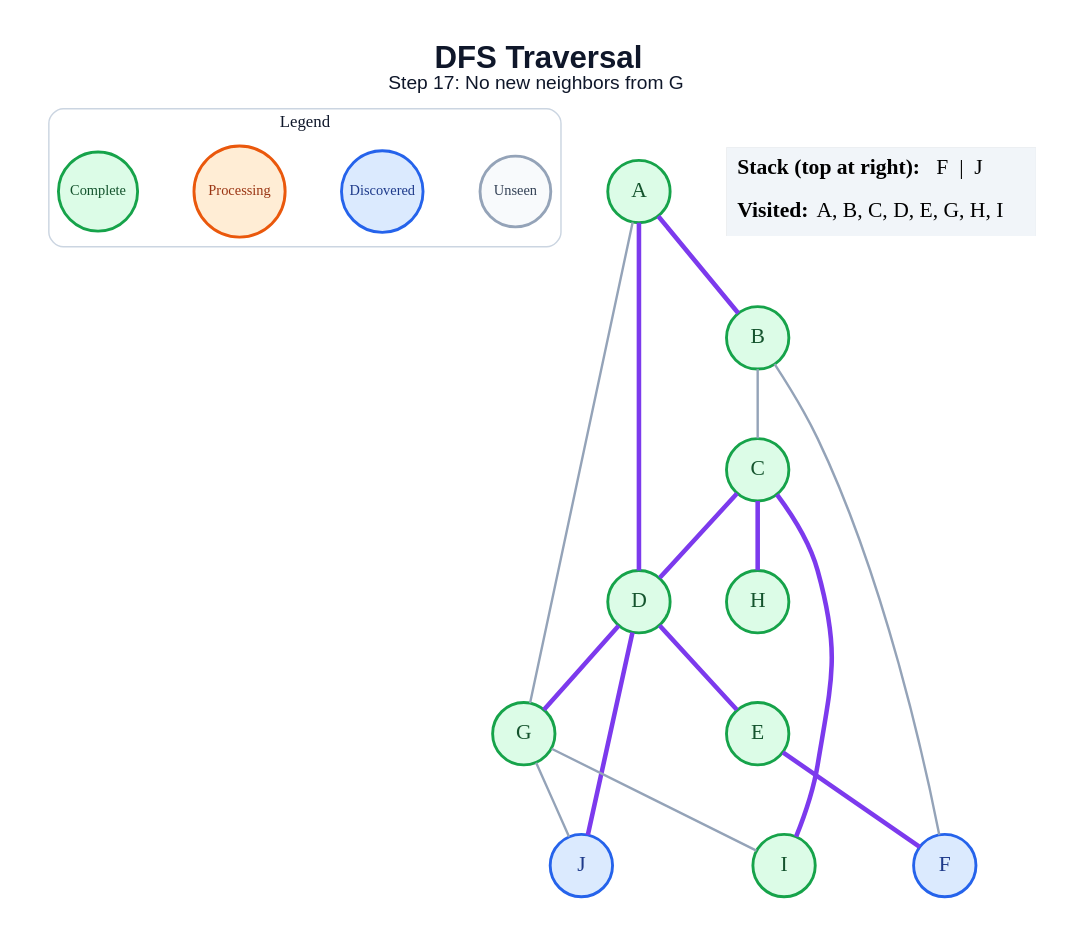
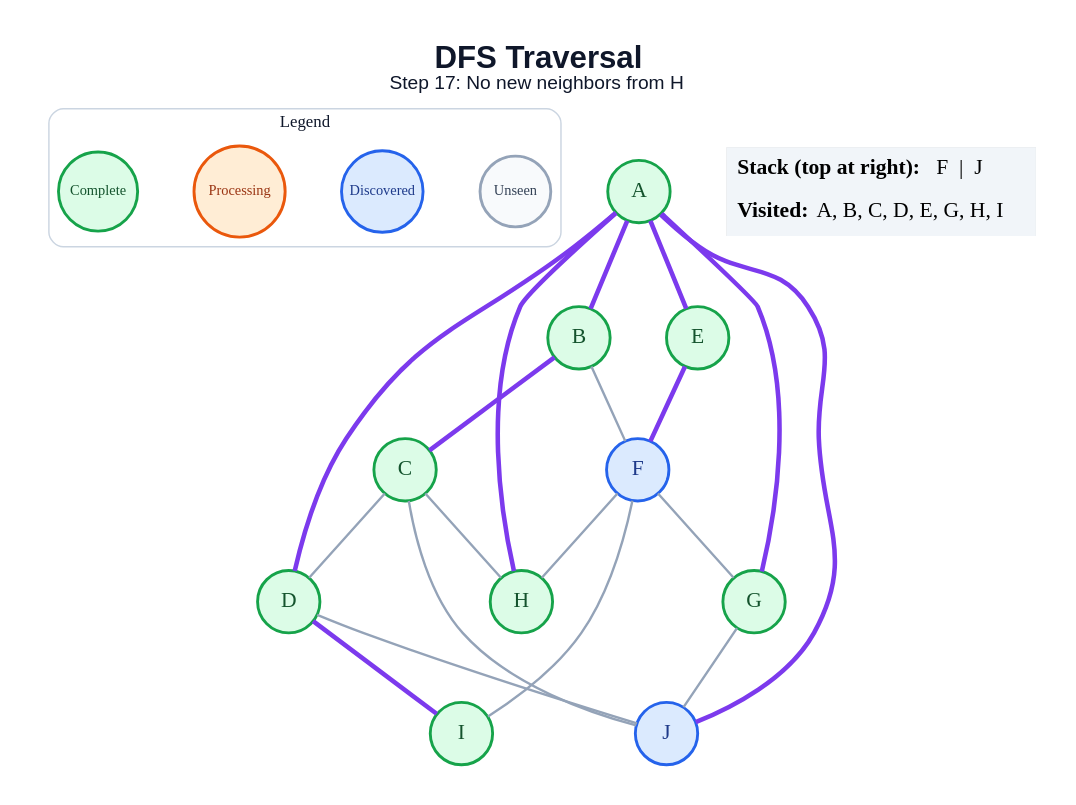
One commit to anon7238593-create/ai-slop changed the diagram in generated/specific-node/dfs/step_17.dot. Above: the diagram before and after it, drawn with Graphviz. The commit also changed 178 other files, not shown here.

```diff
--- a/generated/specific-node/dfs/step_17.dot
+++ b/generated/specific-node/dfs/step_17.dot
@@ -1,43 +1,47 @@
 graph traversal {
   graph [layout=dot, rankdir=TB, bgcolor="#FFFFFF", pad="0.35", nodesep="0.65", ranksep="0.8", fontname="Arial"];
   node [shape=circle, style="filled", fontname="Arial Bold", fontsize=18, width=0.72, fixedsize=true, penwidth=2.4];
   edge [color="#94A3B8", penwidth=2.0];
-  label=<<B>DFS Traversal</B><BR/><FONT POINT-SIZE="16">Step 17: No new neighbors from G</FONT>>; labelloc="t"; fontsize=26; fontname="Arial"; fontcolor="#0F172A";
+  label=<<B>DFS Traversal</B><BR/><FONT POINT-SIZE="16">Step 17: No new neighbors from H</FONT>>; labelloc="t"; fontsize=26; fontname="Arial"; fontcolor="#0F172A";
   subgraph cluster_legend { label="Legend"; color="#CBD5E1"; penwidth=1.2; style="rounded"; fontsize=14; fontname="Arial Bold";
     key_unseen [label="Unseen", fillcolor="#F8FAFC", color="#94A3B8", fontcolor="#334155", fontsize=12, width=0.82];
     key_frontier [label="Discovered", fillcolor="#DBEAFE", color="#2563EB", fontcolor="#1E3A8A", fontsize=12, width=0.95];
     key_current [label="Processing", fillcolor="#FFEDD5", color="#EA580C", fontcolor="#9A3412", fontsize=12, width=1.05];
     key_done [label="Complete", fillcolor="#DCFCE7", color="#16A34A", fontcolor="#14532D", fontsize=12, width=0.92];
     { rank=same; key_unseen; key_frontier; key_current; key_done; }
   }
   A [fillcolor="#DCFCE7", color="#16A34A", fontcolor="#14532D"];
   B [fillcolor="#DCFCE7", color="#16A34A", fontcolor="#14532D"];
   C [fillcolor="#DCFCE7", color="#16A34A", fontcolor="#14532D"];
   D [fillcolor="#DCFCE7", color="#16A34A", fontcolor="#14532D"];
   E [fillcolor="#DCFCE7", color="#16A34A", fontcolor="#14532D"];
   F [fillcolor="#DBEAFE", color="#2563EB", fontcolor="#1E3A8A"];
   G [fillcolor="#DCFCE7", color="#16A34A", fontcolor="#14532D"];
   H [fillcolor="#DCFCE7", color="#16A34A", fontcolor="#14532D"];
   I [fillcolor="#DCFCE7", color="#16A34A", fontcolor="#14532D"];
   J [fillcolor="#DBEAFE", color="#2563EB", fontcolor="#1E3A8A"];
   A -- B [color="#7C3AED", penwidth=3.8];
   A -- D [color="#7C3AED", penwidth=3.8];
-  A -- G;
-  B -- C;
+  A -- E [color="#7C3AED", penwidth=3.8];
+  A -- G [color="#7C3AED", penwidth=3.8];
+  A -- H [color="#7C3AED", penwidth=3.8];
+  A -- J [color="#7C3AED", penwidth=3.8];
+  B -- C [color="#7C3AED", penwidth=3.8];
   B -- F;
-  C -- D [color="#7C3AED", penwidth=3.8];
-  C -- H [color="#7C3AED", penwidth=3.8];
-  C -- I [color="#7C3AED", penwidth=3.8];
-  D -- E [color="#7C3AED", penwidth=3.8];
-  D -- G [color="#7C3AED", penwidth=3.8];
-  D -- J [color="#7C3AED", penwidth=3.8];
+  C -- D;
+  C -- H;
+  C -- J;
+  D -- I [color="#7C3AED", penwidth=3.8];
+  D -- J;
   E -- F [color="#7C3AED", penwidth=3.8];
-  G -- I;
+  F -- G;
+  F -- H;
+  F -- I;
   G -- J;
   status [shape=plain, fixedsize=false, width=0, height=0, margin=0, label=<
     <TABLE BORDER="0" CELLBORDER="0" CELLPADDING="7" BGCOLOR="#F1F5F9">
       <TR><TD ALIGN="LEFT"><B>Stack (top at right):</B> F  |  J</TD></TR>
       <TR><TD ALIGN="LEFT"><B>Visited:</B> A, B, C, D, E, G, H, I</TD></TR>
     </TABLE>
   >];
 }
```
